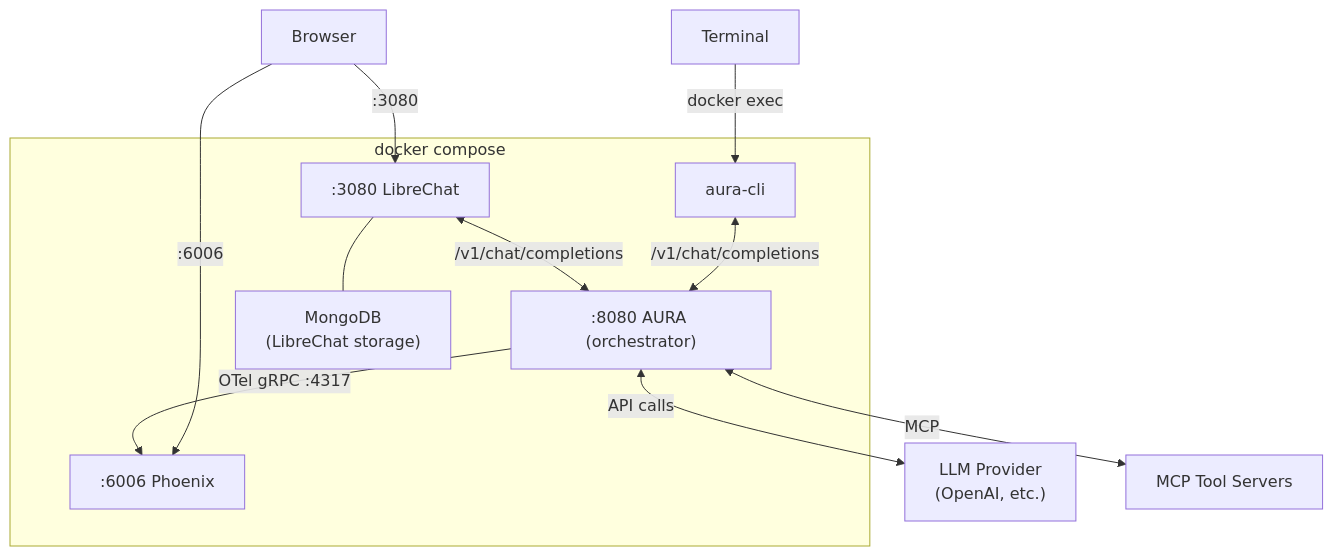
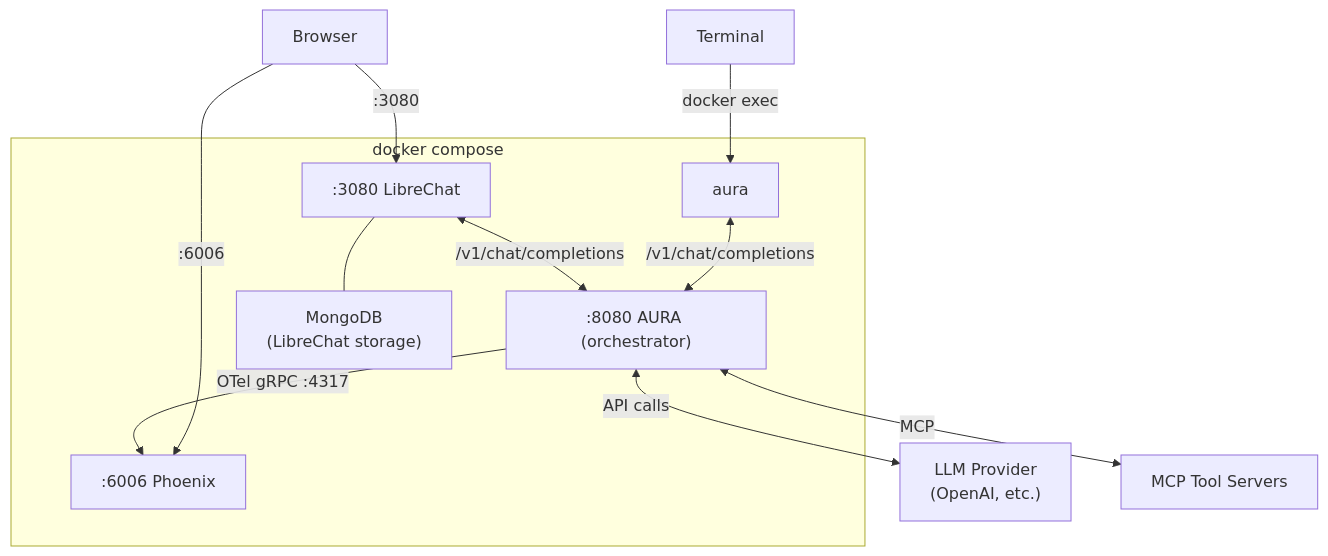
Before and after one commit to mezmo/aura: the diagram in docs/quickstart.md, drawn with Mermaid. The commit also changed other lines of this file and 17 other files, not shown here.

First line of the commit message:
feat(cli): rename distributed binary from aura-cli to aura

````diff
--- a/docs/quickstart.md
+++ b/docs/quickstart.md
@@ -249,20 +249,20 @@
 ```mermaid
 graph TD
     Browser -->|":3080"| LibreChat
-    Terminal -->|"docker exec"| CLI["aura-cli"]
+    Terminal -->|"docker exec"| CLI["aura"]
     LibreChat <-->|"/v1/chat/completions"| AURA
     CLI <-->|"/v1/chat/completions"| AURA
     AURA -->|"OTel gRPC :4317"| Phoenix
     AURA <-->|"API calls"| LLM["LLM Provider<br/>(OpenAI, etc.)"]
     AURA <-->|"MCP"| MCP["MCP Tool Servers"]
     LibreChat --- MongoDB["MongoDB<br/>(LibreChat storage)"]
     Browser -->|":6006"| Phoenix
 
     subgraph compose["docker compose"]
         LibreChat[":3080 LibreChat"]
         AURA[":8080 AURA (orchestrator)"]
         Phoenix[":6006 Phoenix"]
         CLI
         MongoDB
     end
 ```
````
